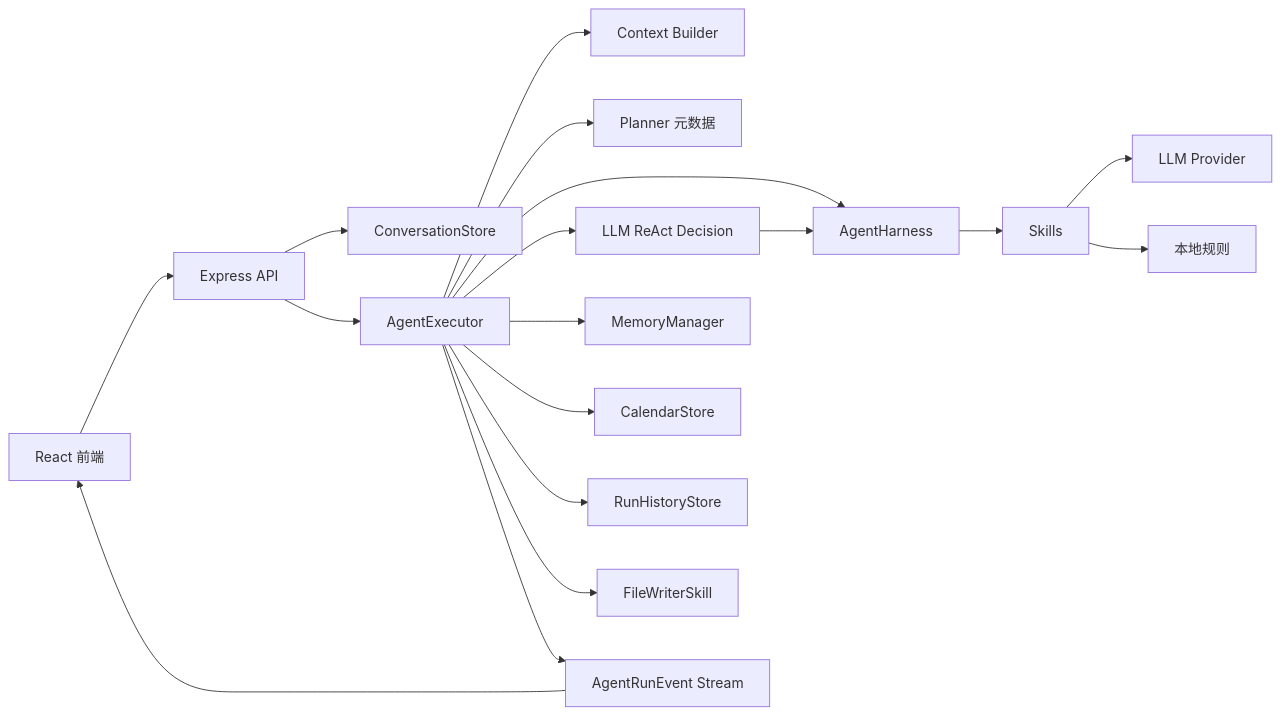
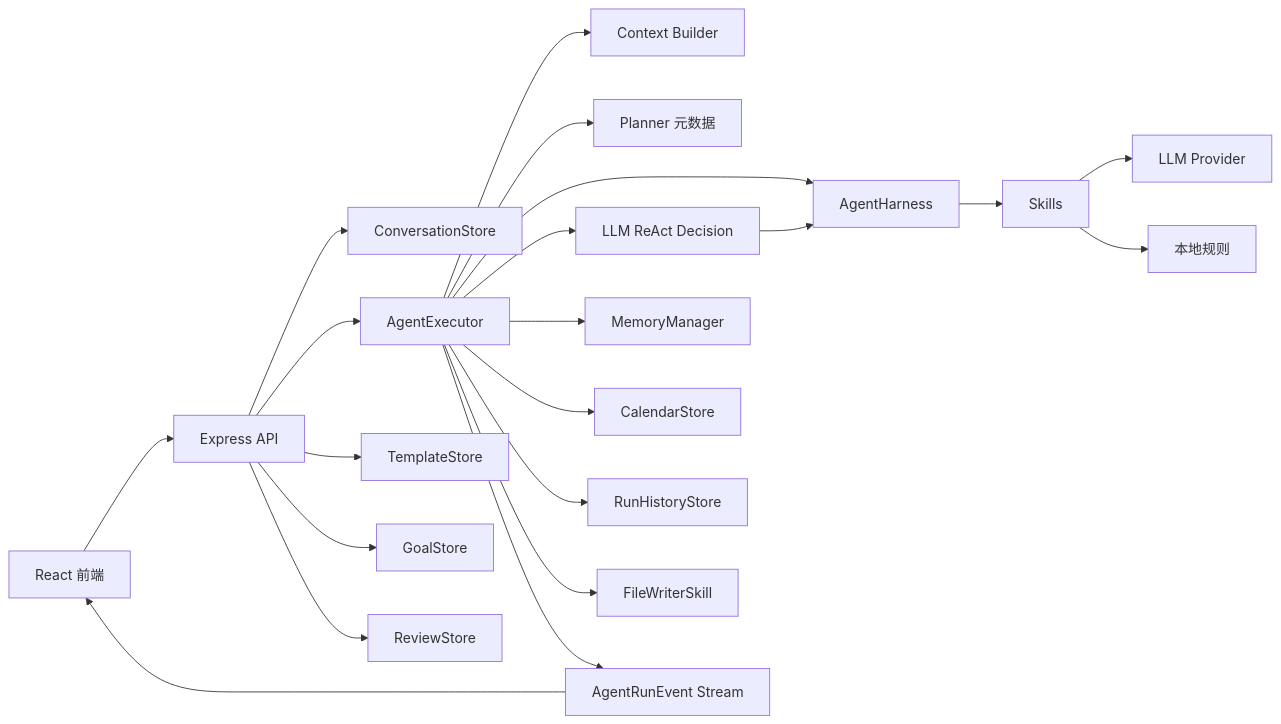
One commit to YinL04/Daily-tasks-Agent-assistant changed the second of 17 diagrams in docs/AGENT_ENGINEERING.md. Above: the diagram before and after it, drawn with Mermaid. The commit also changed other lines of this file and 63 other files, not shown here.

````diff
--- a/docs/AGENT_ENGINEERING.md
+++ b/docs/AGENT_ENGINEERING.md
@@ -78,20 +85,23 @@
 ```mermaid
 flowchart LR
   UI["React 前端"] --> API["Express API"]
   API --> Conversation["ConversationStore"]
   API --> Executor["AgentExecutor"]
   Executor --> Context["Context Builder"]
   Executor --> Planner["Planner 元数据"]
   Executor --> Harness["AgentHarness"]
   Executor --> React["LLM ReAct Decision"]
   React --> Harness
   Harness --> Skills["Skills"]
   Skills --> LLM["LLM Provider"]
   Skills --> Local["本地规则"]
   Executor --> Memory["MemoryManager"]
   Executor --> Calendar["CalendarStore"]
   Executor --> History["RunHistoryStore"]
   Executor --> Files["FileWriterSkill"]
   Executor --> Stream["AgentRunEvent Stream"]
+  API --> Templates["TemplateStore"]
+  API --> Goals["GoalStore"]
+  API --> Reviews["ReviewStore"]
   Stream --> UI
 ```
````
